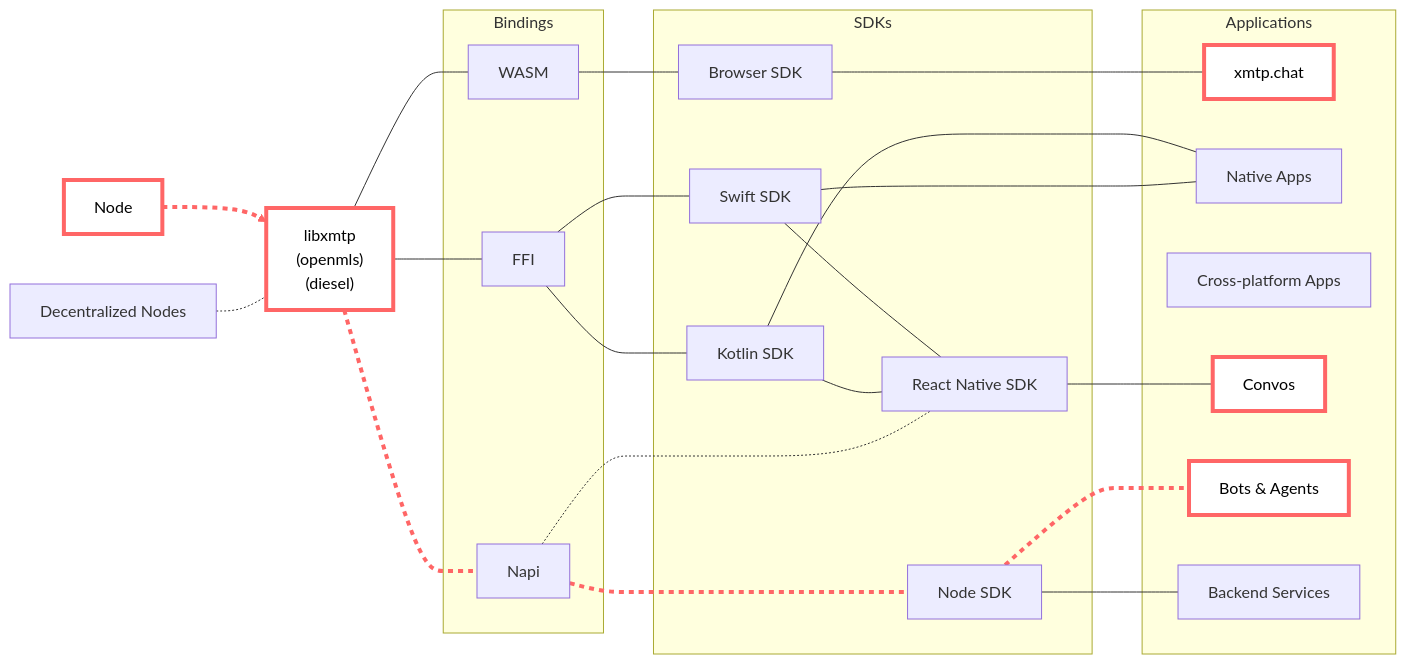
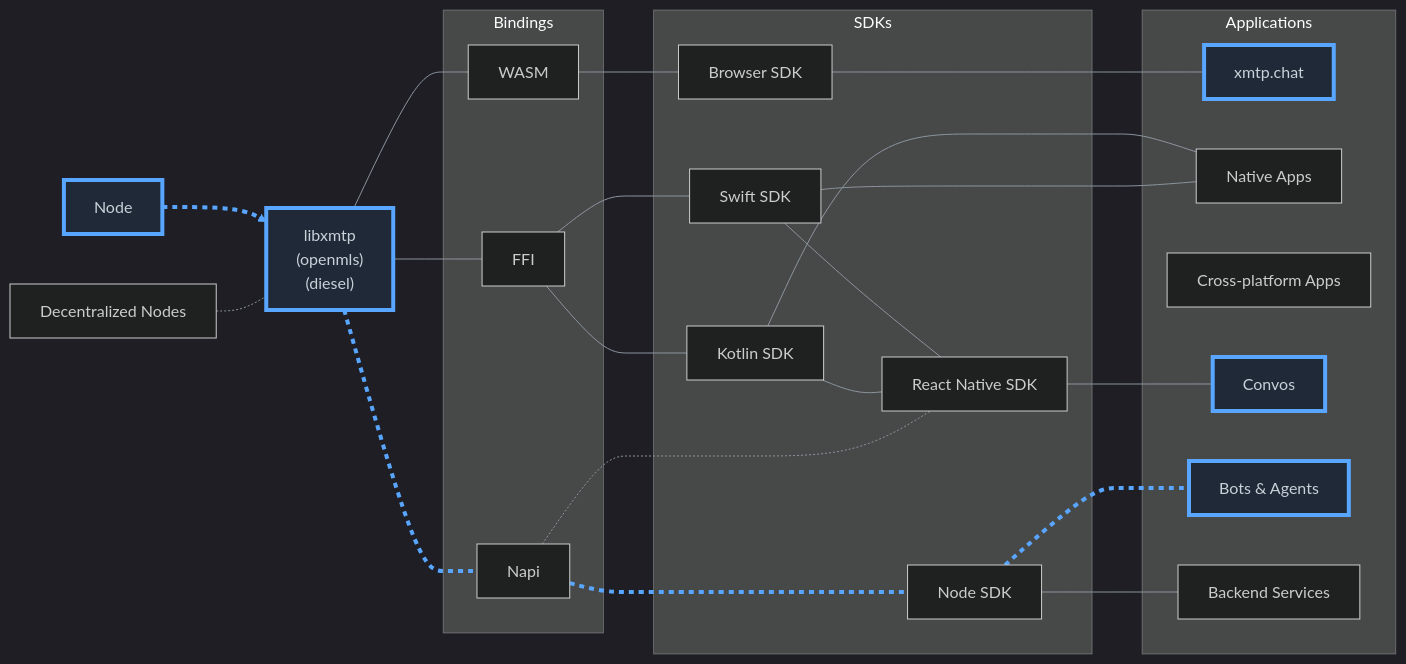
The diagram in README.md (xmtp/xmtp-qa-tools), drawn with Mermaid before and after one commit. The commit also changed other lines of this file, not shown here.

Commit message:
dark mode

````diff
--- a/README.md
+++ b/README.md
@@ -20,57 +20,59 @@
 ```mermaid
+%%{init: {'theme': 'dark', 'themeVariables': { 'primaryColor': '#0D1117', 'primaryTextColor': '#c9d1d9', 'primaryBorderColor': '#30363d', 'lineColor': '#8b949e', 'secondaryColor': '#161b22', 'tertiaryColor': '#161b22' }}}%%
+
 flowchart LR
   %% Core components and bindings
   subgraph Bindings["Bindings"]
     wasm["WASM"]
     ffi["FFI"]
     napi["Napi"]
   end
 
   subgraph SDKs["SDKs"]
     browserSDK["Browser SDK"]
     swiftSDK["Swift SDK"]
     kotlinSDK["Kotlin SDK"]
     reactNativeSDK["React Native SDK"]
     nodesdk["Node SDK"]
   end
 
   subgraph Applications["Applications"]
     webApps["xmtp.chat"]
     mobileApps["Native Apps"]
     crossPlatformApps["Cross-platform Apps"]
     messagingApps["Convos"]
     botAgents["Bots & Agents"]
     backendServices["Backend Services"]
   end
 
   centralNode["Node"] --> libxmtp["libxmtp<br>(openmls)<br>(diesel)"]
   libxmtp --- wasm
   libxmtp --- ffi
   kotlinSDK --- mobileApps
   libxmtp --- napi
 
   wasm --- browserSDK
   ffi --- swiftSDK
   ffi --- kotlinSDK
 
   swiftSDK --- reactNativeSDK
   kotlinSDK --- reactNativeSDK
 
   browserSDK --- webApps
 
   swiftSDK --- mobileApps
 
   napi --- nodesdk
   nodesdk --- botAgents
   nodesdk --- backendServices
 
   decentralNode["Decentralized Nodes"] -.- libxmtp
 
 
   reactNativeSDK --- messagingApps
   napi -.- reactNativeSDK
 
-  linkStyle 0,4,12,13 stroke:#f66,stroke-width:4px,stroke-dasharray: 5,5;
-  classDef highlightStroke fill:#fff,stroke:#f66,color:#000,stroke-width:4px;
+  linkStyle 0,4,12,13 stroke:#58a6ff,stroke-width:4px,stroke-dasharray: 5,5;
+  classDef highlightStroke fill:#1f2937,stroke:#58a6ff,color:#c9d1d9,stroke-width:4px;
   class centralNode,libxmtp,webApps,messagingApps,botAgents highlightStroke;
 ```
````
